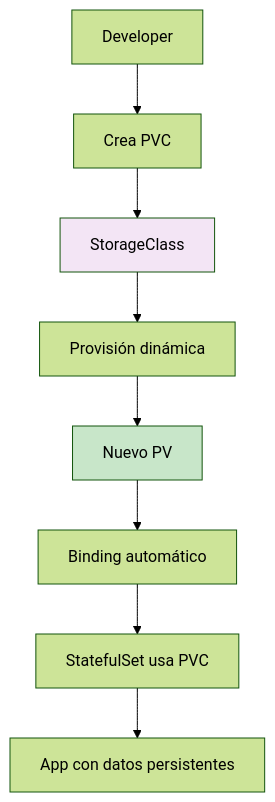
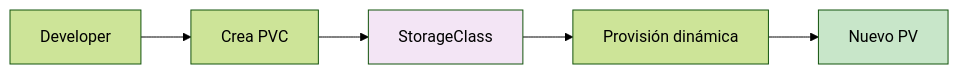
Before and after one commit to map0logo/curso-docker-k8s: diagram 21 of 22 in slides/07-almacenamiento-k8s.qmd, drawn with Mermaid (forest theme). The commit also changed other lines of this file and 2 other files, not shown here.

````diff
--- a/slides/07-almacenamiento-k8s.qmd
+++ b/slides/07-almacenamiento-k8s.qmd
@@ -809,13 +827,10 @@
 ```{mermaid}
-graph TB
+graph LR
     A[Developer] --> B[Crea PVC]
     B --> C[StorageClass]
     C --> D[Provisión dinámica]
     D --> E[Nuevo PV]
-    E --> F[Binding automático]
-    F --> G[StatefulSet usa PVC]
-    G --> H[App con datos persistentes]
     
     style C fill:#f3e5f5
     style E fill:#c8e6c9
 ```
````
